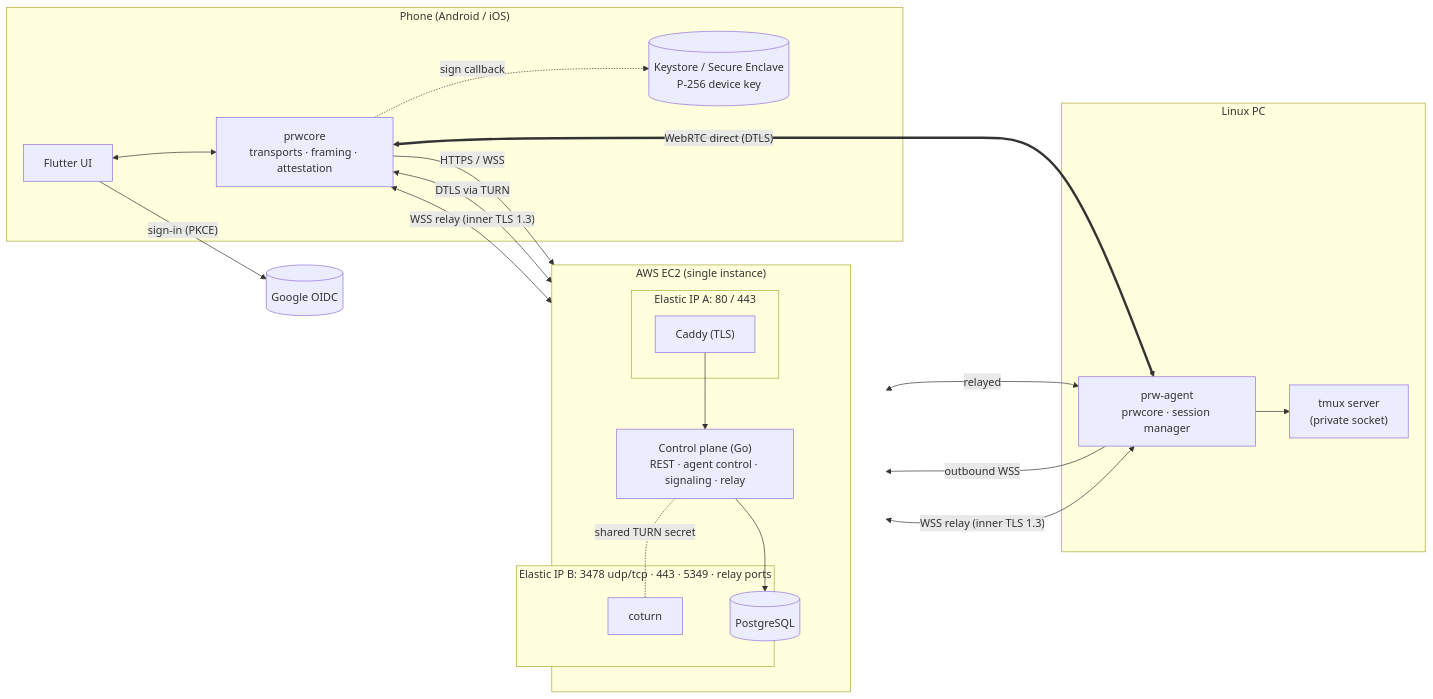
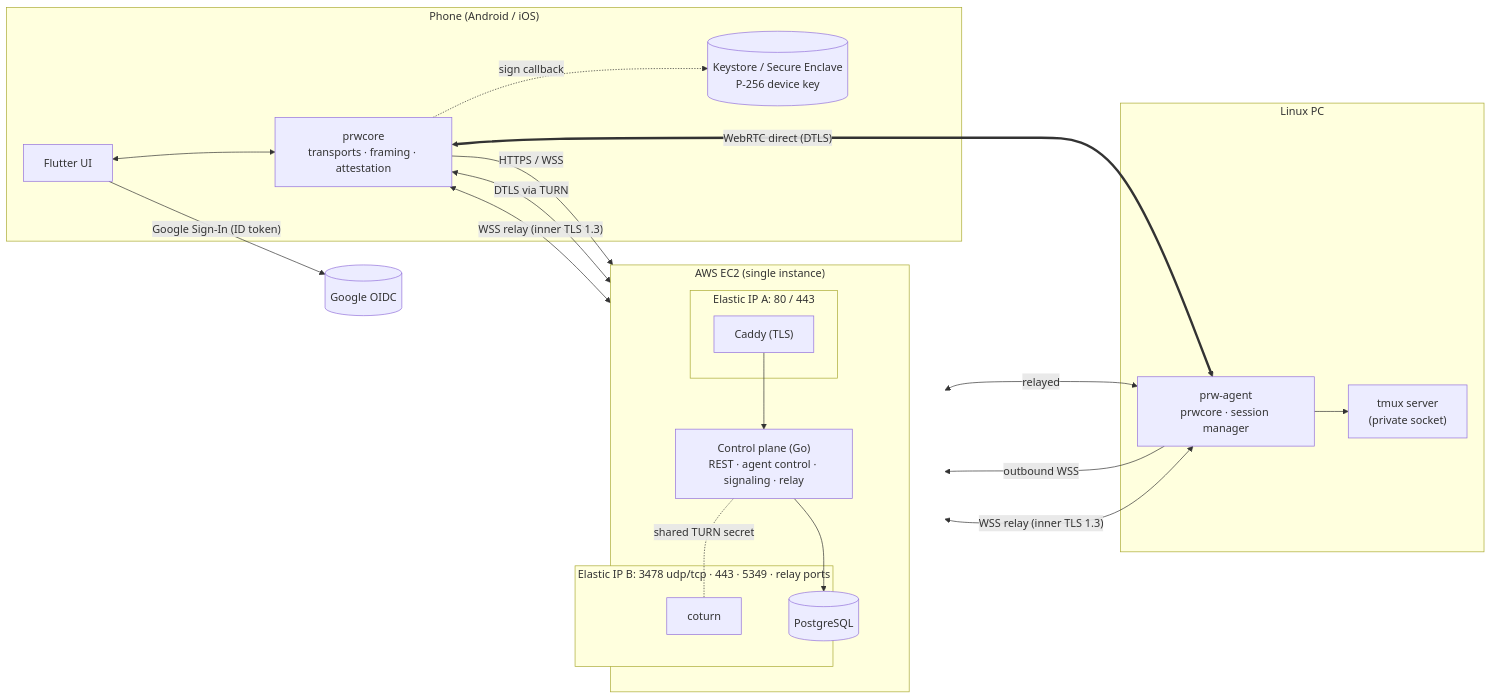
One commit to rohansen856/ConnRelay changed the first of 7 diagrams in docs/architecture/overview.md. Above: the diagram before and after it, drawn with Mermaid. The commit also changed other lines of this file and 1 other file, not shown here.

Commit message:
docs: update architecture overview and decision status

````diff
--- a/docs/architecture/overview.md
+++ b/docs/architecture/overview.md
@@ -43,40 +43,40 @@
 ```mermaid
 flowchart LR
   subgraph Phone["Phone (Android / iOS)"]
     UI["Flutter UI"]
     CORE_P["prwcore<br/>transports · framing · attestation"]
     KS[("Keystore / Secure Enclave<br/>P-256 device key")]
     UI <--> CORE_P
     CORE_P -. "sign callback" .-> KS
   end
 
   subgraph EC2["AWS EC2 (single instance)"]
     direction TB
     subgraph EIPA["Elastic IP A: 80 / 443"]
       CADDY["Caddy (TLS)"]
     end
     CTRL["Control plane (Go)<br/>REST · agent control · signaling · relay"]
     PG[("PostgreSQL")]
     subgraph EIPB["Elastic IP B: 3478 udp/tcp · 443 · 5349 · relay ports"]
       TURN["coturn"]
     end
     CADDY --> CTRL --> PG
     CTRL -. "shared TURN secret" .- TURN
   end
 
   subgraph Host["Linux PC"]
     AGENT["prw-agent<br/>prwcore · session manager"]
     TMUX["tmux server<br/>(private socket)"]
     AGENT --> TMUX
   end
 
   GOOGLE[("Google OIDC")]
-  UI -- "sign-in (PKCE)" --> GOOGLE
+  UI -- "Google Sign-In (ID token)" --> GOOGLE
   CORE_P -- "HTTPS / WSS" --> CADDY
   AGENT -- "outbound WSS" --> CADDY
   CORE_P <== "WebRTC direct (DTLS)" ==> AGENT
   CORE_P <-- "DTLS via TURN" --> TURN
   TURN <-- "relayed" --> AGENT
   CORE_P <-- "WSS relay (inner TLS 1.3)" --> CADDY
   AGENT <-- "WSS relay (inner TLS 1.3)" --> CADDY
 ```
````
